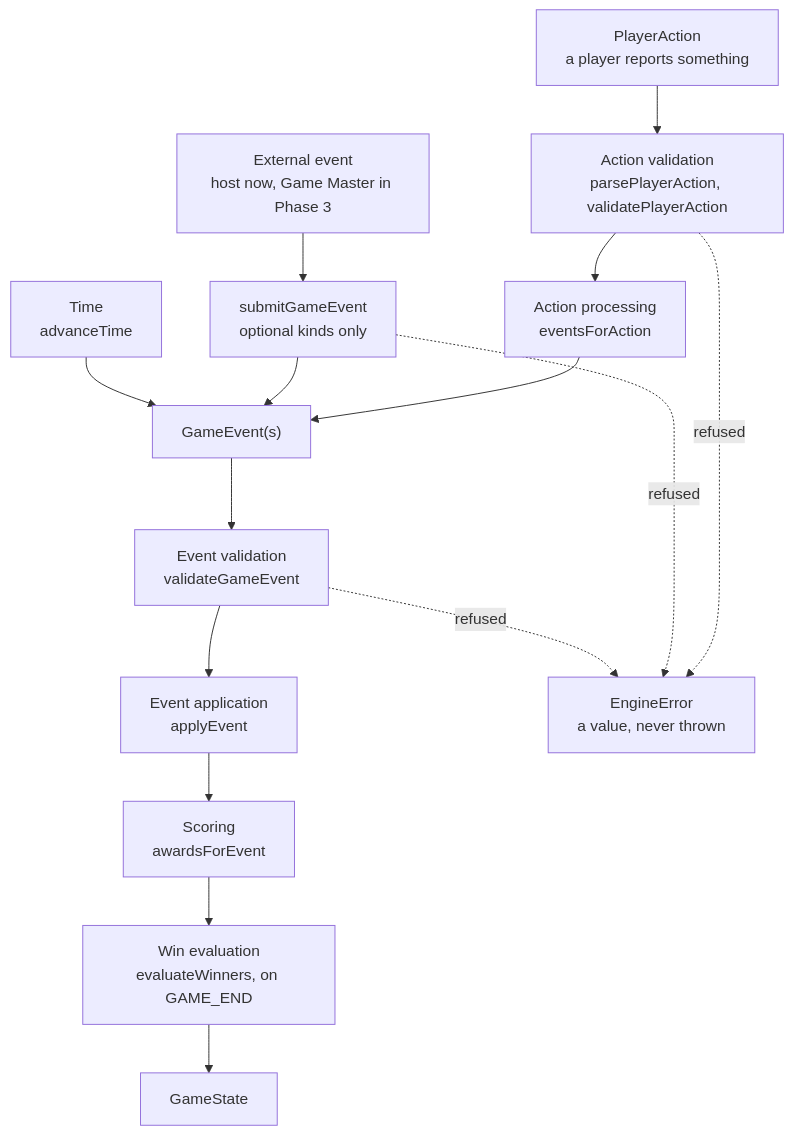
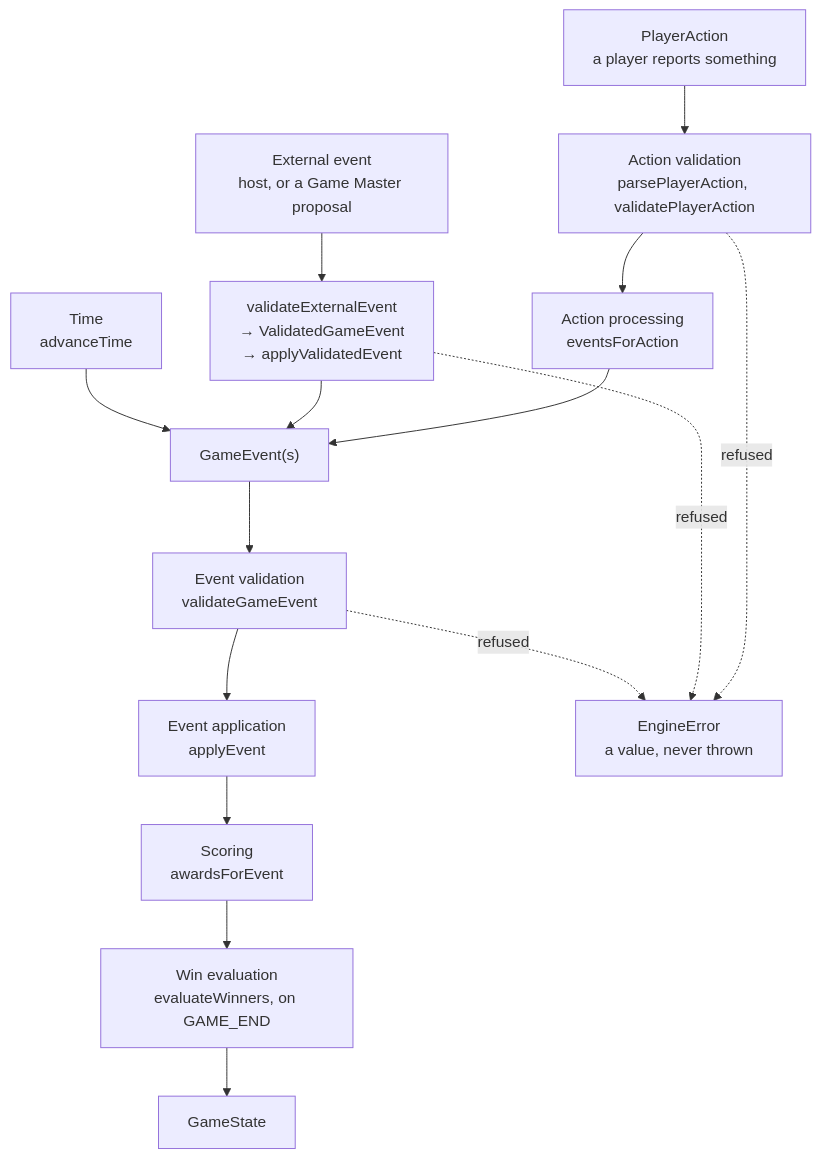
One commit to SHWETANK-SAURABH/touchgrass-game-master changed the first of 2 diagrams in packages/game-engine/GAME_ENGINE.md. Above: the diagram before and after it, drawn with Mermaid. The commit also changed other lines of this file and 15 other files, not shown here.

Commit message:
feat(ai): add state-aware game-master handoff

````diff
--- a/packages/game-engine/GAME_ENGINE.md
+++ b/packages/game-engine/GAME_ENGINE.md
@@ -14,21 +14,21 @@
 ```mermaid
 flowchart TD
     PA["PlayerAction<br/>a player reports something"] --> AV["Action validation<br/>parsePlayerAction, validatePlayerAction"]
     AV --> AP["Action processing<br/>eventsForAction"]
     AP --> GE["GameEvent(s)"]
 
-    EX["External event<br/>host now, Game Master in Phase 3"] --> EV["submitGameEvent<br/>optional kinds only"]
+    EX["External event<br/>host, or a Game Master proposal"] --> EV["validateExternalEvent<br/>→ ValidatedGameEvent<br/>→ applyValidatedEvent"]
     EV --> GE
 
     T["Time<br/>advanceTime"] --> GE
 
     GE --> VE["Event validation<br/>validateGameEvent"]
     VE --> AE["Event application<br/>applyEvent"]
     AE --> SC["Scoring<br/>awardsForEvent"]
     SC --> WIN["Win evaluation<br/>evaluateWinners, on GAME_END"]
     WIN --> GS["GameState"]
 
     AV -. refused .-> X["EngineError<br/>a value, never thrown"]
     EV -. refused .-> X
     VE -. refused .-> X
 ```
````
